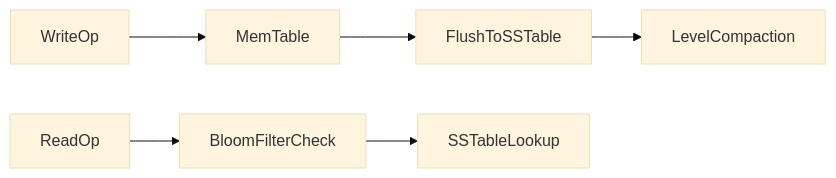
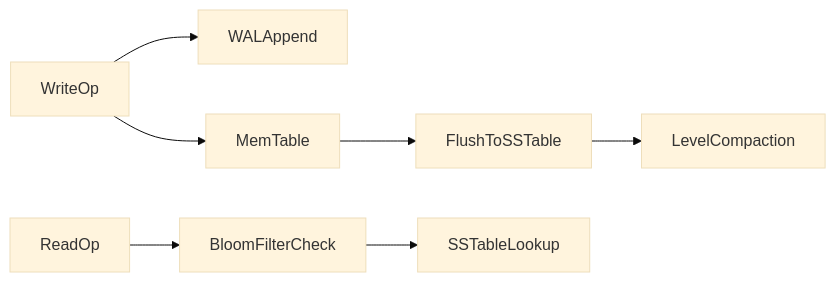
The second of 4 diagrams in database/database-masterclass/02-relational-engines/04-index-internals-and-memory-layouts.md (GabrielAlmeidaFlores/Senior-Software-Architect), drawn with Mermaid (base theme) before and after one commit. The commit also changed other lines of this file and 7 other files, not shown here.

First line of the commit message:
Add PostgreSQL Deep Dive, MySQL InnoDB Architecture, and Index Internals Entries

````diff
--- a/database/database-masterclass/02-relational-engines/04-index-internals-and-memory-layouts.md
+++ b/database/database-masterclass/02-relational-engines/04-index-internals-and-memory-layouts.md
@@ -37,8 +59,9 @@
 ```mermaid
 flowchart LR
-    write[WriteOp] --> memtable[MemTable]
+    write[WriteOp] --> wal[WALAppend]
+    write --> memtable[MemTable]
     memtable --> flush[FlushToSSTable]
     flush --> compaction[LevelCompaction]
     read[ReadOp] --> bloom[BloomFilterCheck]
     bloom --> sstable[SSTableLookup]
 ```
````
